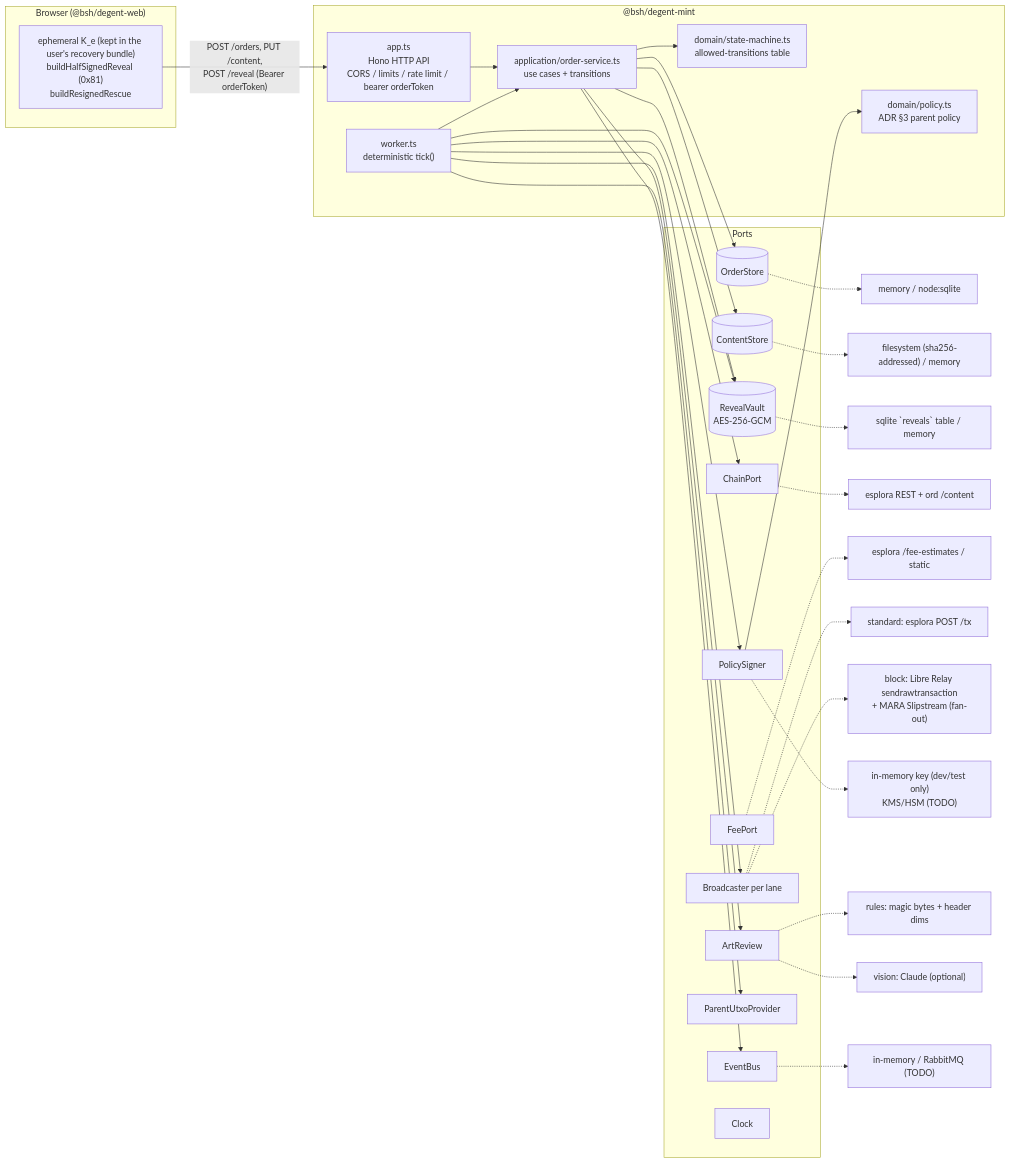
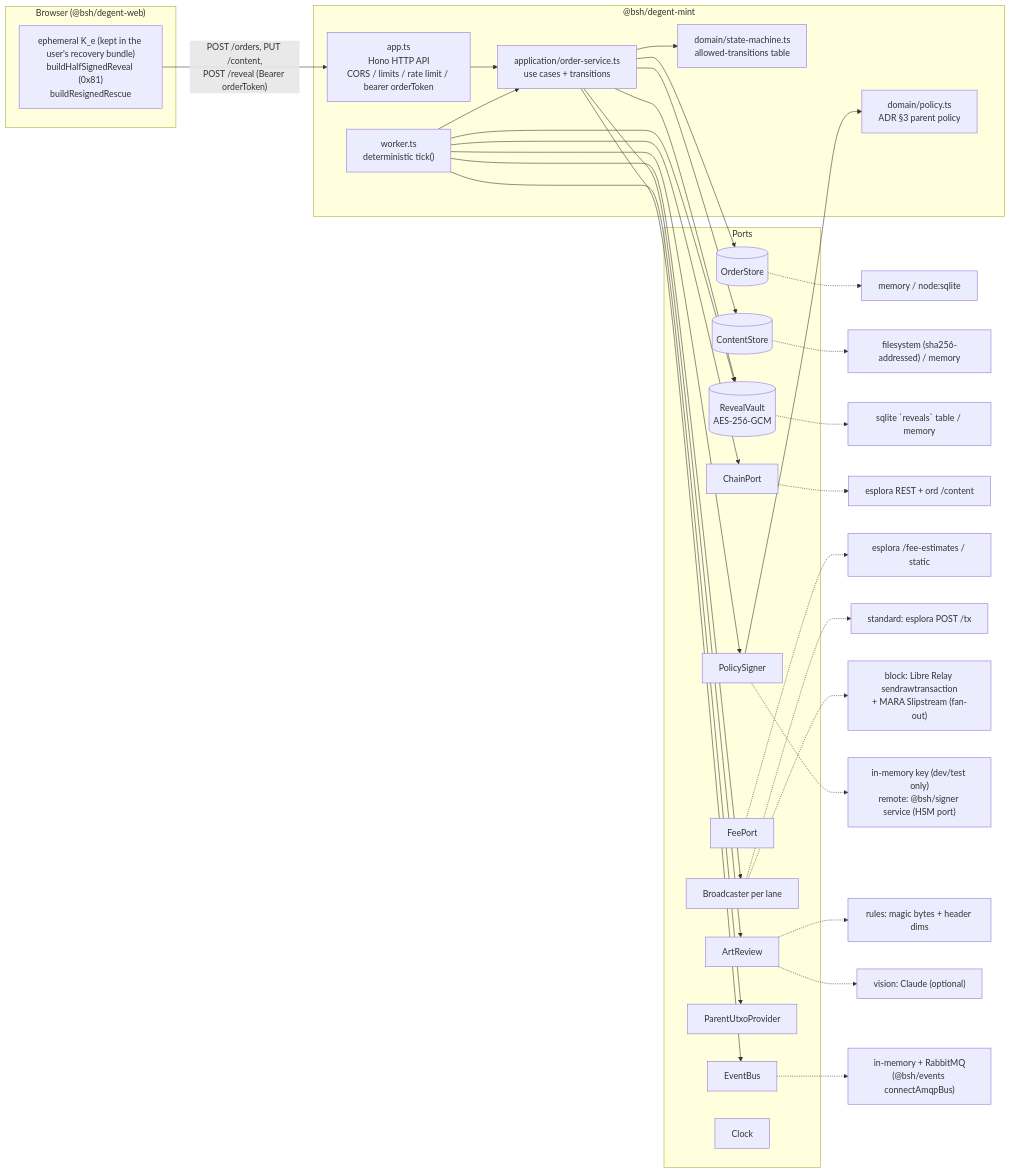
Before and after one commit to DegentClub/degent: the diagram in products/degent/services/mint/README.md, drawn with Mermaid. The commit also changed other lines of this file and 73 other files, not shown here.

````diff
--- a/products/degent/services/mint/README.md
+++ b/products/degent/services/mint/README.md
@@ -18,43 +18,43 @@
 ```mermaid
 flowchart LR
   subgraph Browser["Browser (@bsh/degent-web)"]
     K["ephemeral K_e (kept in the user's recovery bundle)<br/>buildHalfSignedReveal (0x81)<br/>buildResignedRescue"]
   end
   subgraph Service["@bsh/degent-mint"]
     API["app.ts<br/>Hono HTTP API<br/>CORS / limits / rate limit / bearer orderToken"]
     OS["application/order-service.ts<br/>use cases + transitions"]
     SM["domain/state-machine.ts<br/>allowed-transitions table"]
     POL["domain/policy.ts<br/>ADR §3 parent policy"]
     W["worker.ts<br/>deterministic tick()"]
   end
   subgraph Ports
     OSt[(OrderStore)]
     CS[(ContentStore)]
     RV[(RevealVault<br/>AES-256-GCM)]
     CH[ChainPort]
     FE[FeePort]
     BR[Broadcaster per lane]
     PS[PolicySigner]
     AR[ArtReview]
     PU[ParentUtxoProvider]
     EB[EventBus]
     CL[Clock]
   end
   K -- "POST /orders, PUT /content,<br/>POST /reveal (Bearer orderToken)" --> API
   API --> OS --> SM
   W --> OS
   OS --> OSt & CS & RV & AR & EB
   W --> CH & PU & PS & BR & RV
   PS --> POL
   OSt -.-> MemOS["memory / node:sqlite"]
   CS -.-> FsCS["filesystem (sha256-addressed) / memory"]
   RV -.-> SQ["sqlite `reveals` table / memory"]
   CH -.-> ESP["esplora REST + ord /content"]
   FE -.-> ESPF["esplora /fee-estimates / static"]
   BR -.-> STD["standard: esplora POST /tx"]
   BR -.-> BLK["block: Libre Relay sendrawtransaction<br/>+ MARA Slipstream (fan-out)"]
-  PS -.-> MEM["in-memory key (dev/test only)<br/>KMS/HSM (TODO)"]
+  PS -.-> MEM["in-memory key (dev/test only)<br/>remote: @bsh/signer service (HSM port)"]
   AR -.-> RULES["rules: magic bytes + header dims"]
   AR -.-> VIS["vision: Claude (optional)"]
-  EB -.-> BUS["in-memory / RabbitMQ (TODO)"]
+  EB -.-> BUS["in-memory + RabbitMQ<br/>(@bsh/events connectAmqpBus)"]
 ```
````
